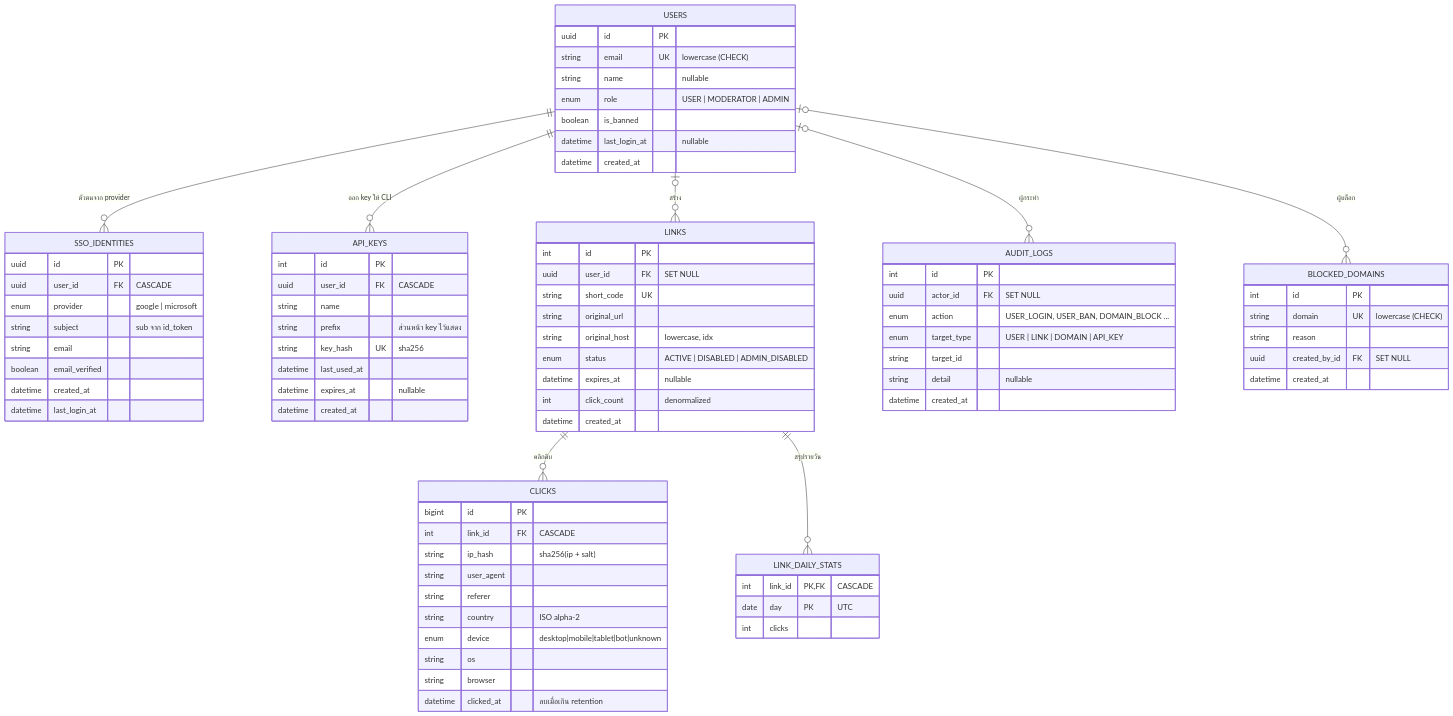
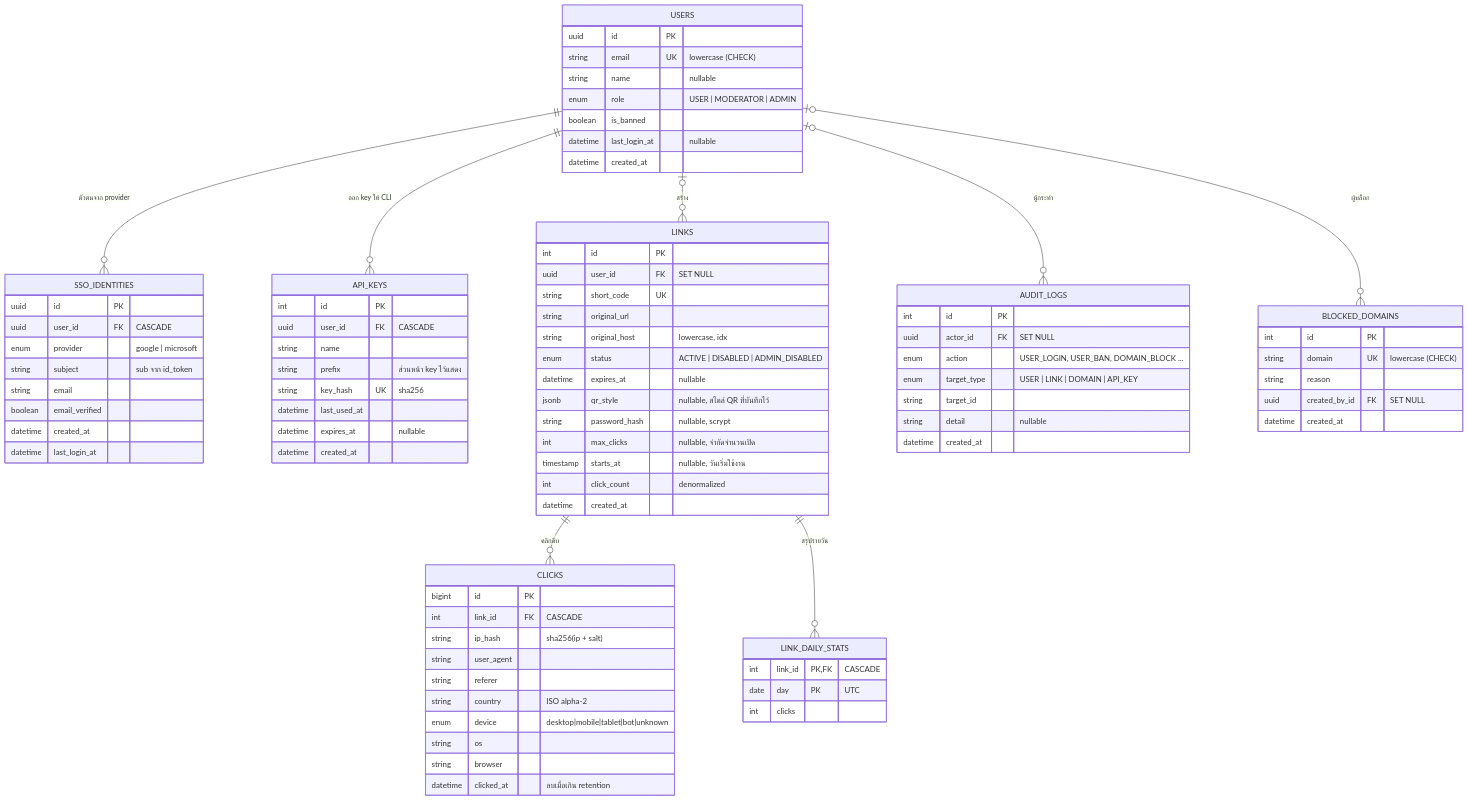
The diagram in docs/er-diagram.md (Dinozexe/Shorturl), drawn with Mermaid before and after one commit. The commit also changed other lines of this file and 55 other files, not shown here.

```diff
--- a/docs/er-diagram.md
+++ b/docs/er-diagram.md
@@ -49,6 +49,10 @@
         string original_host "lowercase, idx"
         enum status "ACTIVE | DISABLED | ADMIN_DISABLED"
         datetime expires_at "nullable"
+        jsonb qr_style "nullable, สไตล์ QR ที่บันทึกไว้"
+        string password_hash "nullable, scrypt"
+        int max_clicks "nullable, จำกัดจำนวนเปิด"
+        timestamp starts_at "nullable, วันเริ่มใช้งาน"
         int click_count "denormalized"
         datetime created_at
     }
```
